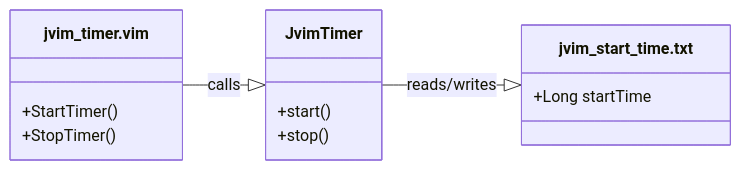
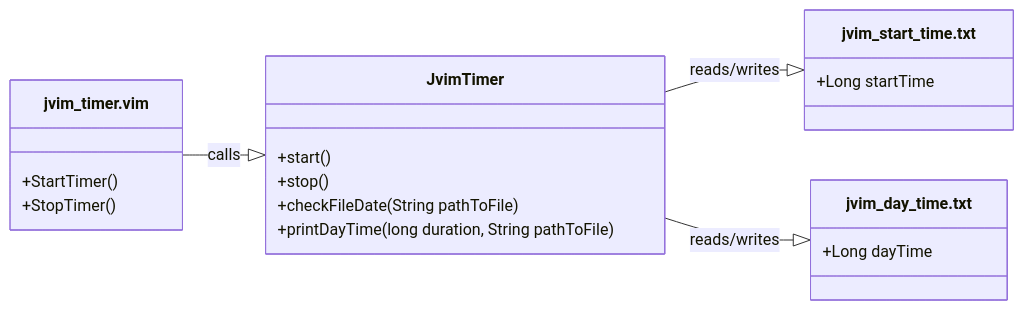
The second of 2 diagrams in jvim-timer/README.md (AlexandrAnatoliev/jvim-plugins), drawn with Mermaid before and after one commit. The commit also changed other lines of this file and 1 other file, not shown here.

First line of the commit message:
docs(jvim-timer): update README

````diff
--- a/jvim-timer/README.md
+++ b/jvim-timer/README.md
@@ -179,21 +198,28 @@
 ```mermaid
 classDiagram
   direction LR
   
+  class jvim_timer.vim {
+    +StartTimer()
+    +StopTimer()
+  }
+
   class JvimTimer {
     +start()
     +stop()
-  }
-
-  class jvim_timer.vim {
-    +StartTimer()
-    +StopTimer()
+    +checkFileDate(String pathToFile)
+    +printDayTime(long duration, String pathToFile)
   }
 
   class jvim_start_time.txt {
     +Long startTime
   }
 
+  class jvim_day_time.txt {
+    +Long dayTime
+  }
+
   jvim_timer.vim --|> JvimTimer : calls
   JvimTimer --|> jvim_start_time.txt : reads/writes
+  JvimTimer --|> jvim_day_time.txt : reads/writes
 ```
````
